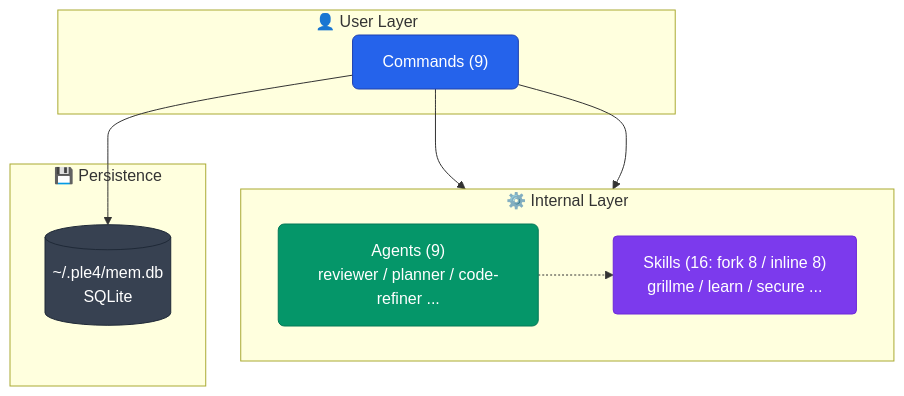
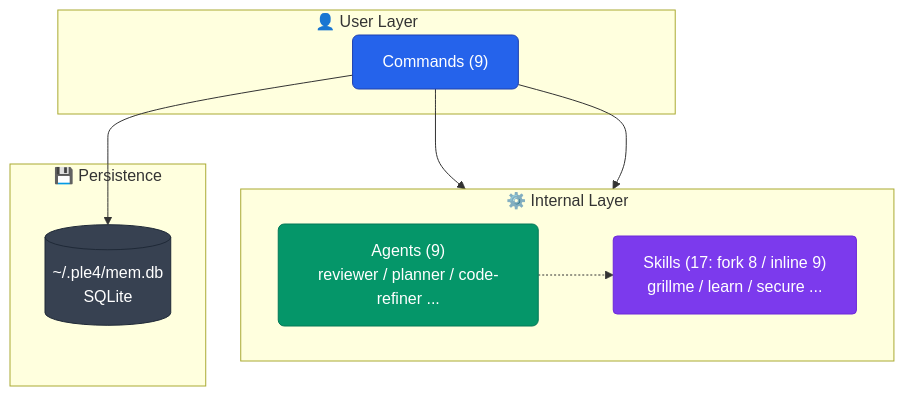
Before and after one commit to aokumablue/claq: diagram 12 of 12 in README.md, drawn with Mermaid. The commit also changed 1 other file, not shown here.

Commit message:
feat(skills): 人間へ即時ハンドオフする quick-code スキルを追加
実装したら自己検証せず即座に人間へ制御を返す往復モード。テスト・ビルド
の自律実行を抑制し、変更点・意図・次に叩くコマンドを固定書式で返す。

他社エージェントでも使うため本文はベンダ固有語を持たない自然言語のみ。
inline（fork では人間へ制御を返せない）／user-invocable: true。
README の Skills 件数表記を 17: fork 8 / inline 9 へ追従。

````diff
--- a/README.md
+++ b/README.md
@@ -520,26 +520,26 @@
 ```mermaid
 flowchart TB
   classDef cmd    fill:#2563eb,stroke:#1e40af,color:#fff,rx:6
   classDef agent  fill:#059669,stroke:#047857,color:#fff,rx:6
   classDef skill  fill:#7c3aed,stroke:#6d28d9,color:#fff,rx:4
   classDef store  fill:#374151,stroke:#1f2937,color:#fff,rx:4
 
   subgraph user["👤 User Layer"]
     CMD["Commands (9)"]:::cmd
   end
 
   subgraph internal["⚙️ Internal Layer"]
     direction LR
     AGT["Agents (9)<br/>reviewer / planner / code-refiner ..."]:::agent
-    SKL["Skills (16: fork 8 / inline 8)<br/>grillme / learn / secure ..."]:::skill
+    SKL["Skills (17: fork 8 / inline 9)<br/>grillme / learn / secure ..."]:::skill
   end
 
   subgraph persistence["💾 Persistence"]
     DB[("~/.ple4/mem.db<br/>SQLite")]:::store
   end
 
   CMD --> AGT
   CMD --> SKL
   AGT -.-> SKL
   CMD --> DB
 ```
````
